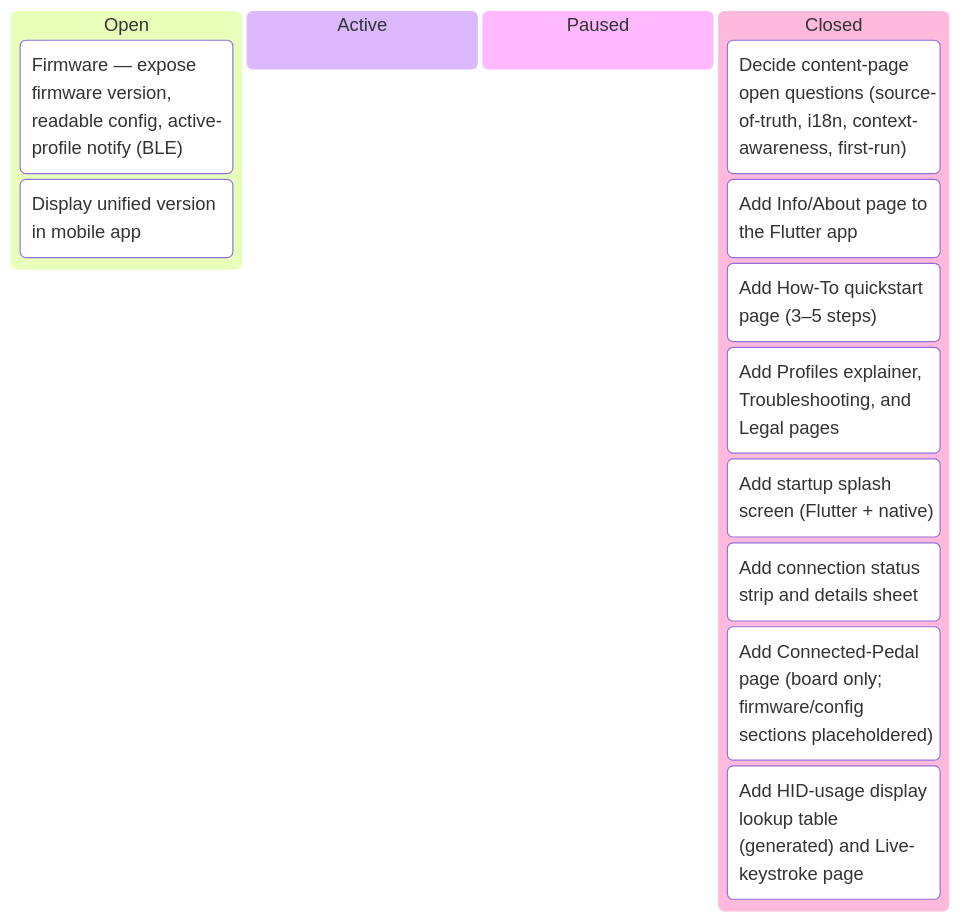
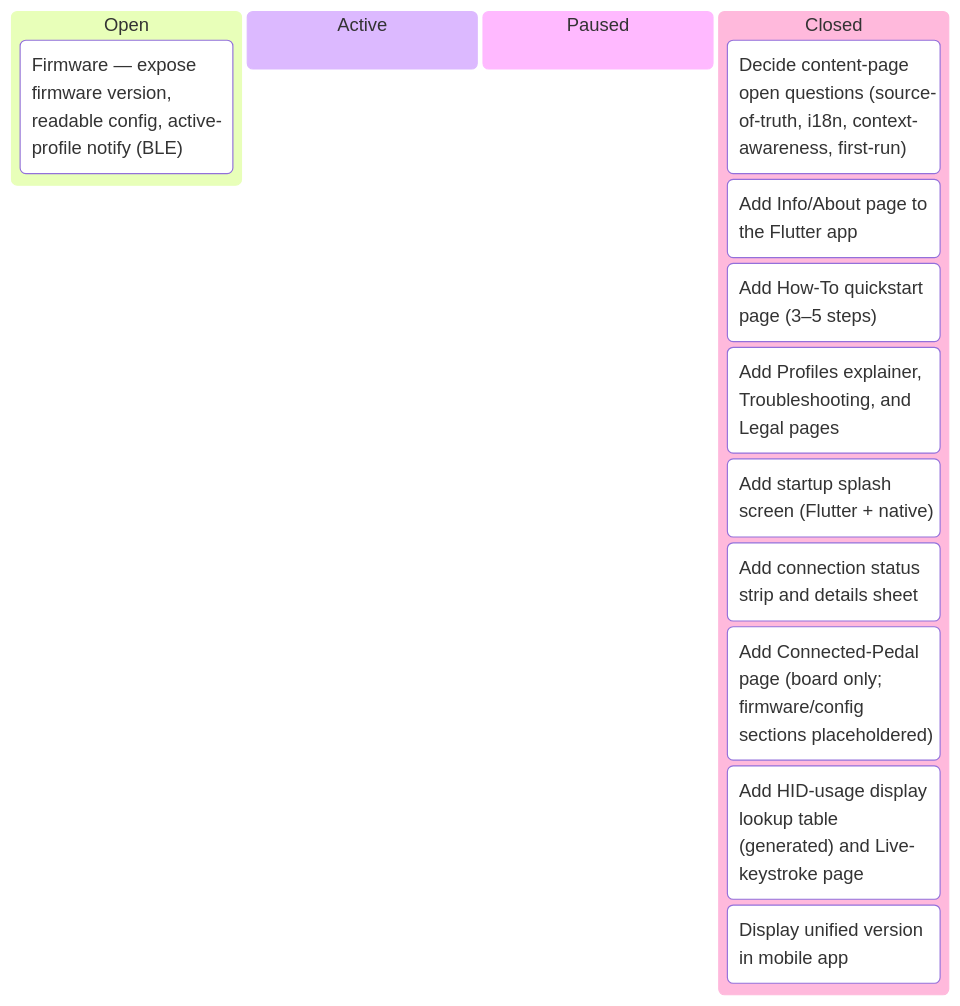
One commit to tgd1975/AwesomeStudioPedal changed the first of 7 diagrams in docs/developers/tasks/KANBAN.md. Above: the diagram before and after it, drawn with Mermaid. The commit also changed other lines of this file and 4 other files, not shown here.

First line of the commit message:
close TASK-349: Display unified version in mobile app — verify-only

````diff
--- a/docs/developers/tasks/KANBAN.md
+++ b/docs/developers/tasks/KANBAN.md
@@ -11,17 +11,17 @@
 ```mermaid
 kanban
   Open
     TASK_337["Firmware — expose firmware version, readable config, active-profile notify (BLE)"]
-    TASK_349["Display unified version in mobile app"]
   Active
   Paused
   Closed
     TASK_330["Decide content-page open questions (source-of-truth, i18n, context-awareness, first-run)"]
     TASK_331["Add Info/About page to the Flutter app"]
     TASK_332["Add How-To quickstart page (3–5 steps)"]
     TASK_333["Add Profiles explainer, Troubleshooting, and Legal pages"]
     TASK_334["Add startup splash screen (Flutter + native)"]
     TASK_335["Add connection status strip and details sheet"]
     TASK_336["Add Connected-Pedal page (board only; firmware/config sections placeholdered)"]
     TASK_338["Add HID-usage display lookup table (generated) and Live-keystroke page"]
+    TASK_349["Display unified version in mobile app"]
 ```
````
